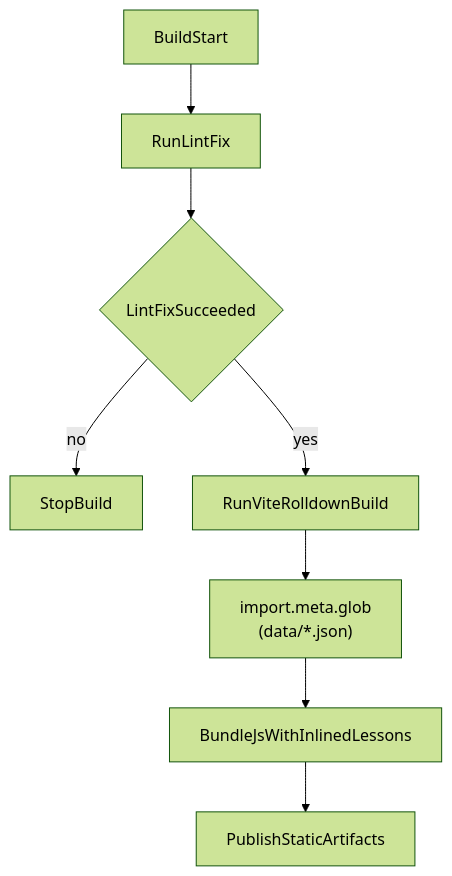
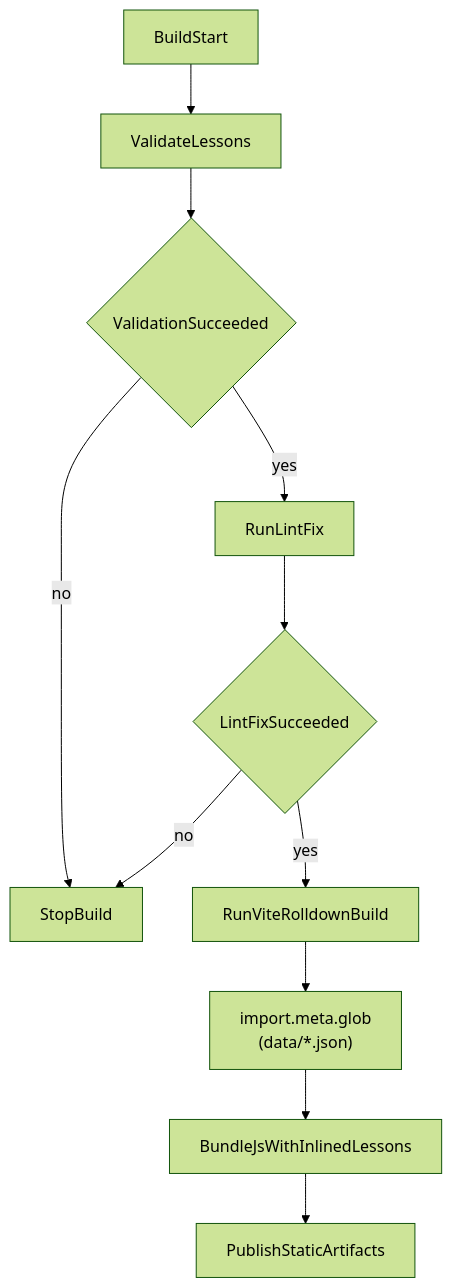
One commit to kamiyn/italyshadowing changed the fourth of 4 diagrams in Documents/Architecture.md. Above: the diagram before and after it, drawn with Mermaid (forest theme). The commit also changed other lines of this file and 1 other file, not shown here.

````diff
--- a/Documents/Architecture.md
+++ b/Documents/Architecture.md
@@ -166,10 +166,13 @@
 ```mermaid
 flowchart TD
-    buildStart[BuildStart] --> runLintFix[RunLintFix]
+    buildStart[BuildStart] --> validateLessons[ValidateLessons]
+    validateLessons --> validateOk{ValidationSucceeded}
+    validateOk -->|no| stopBuild[StopBuild]
+    validateOk -->|yes| runLintFix[RunLintFix]
     runLintFix --> lintFixOk{LintFixSucceeded}
-    lintFixOk -->|no| stopBuild[StopBuild]
+    lintFixOk -->|no| stopBuild
     lintFixOk -->|yes| runViteBuild[RunViteRolldownBuild]
     runViteBuild --> globData["import.meta.glob<br/>(data/*.json)"]
     globData --> bundleJs[BundleJsWithInlinedLessons]
     bundleJs --> publishArtifacts[PublishStaticArtifacts]
 ```
````
